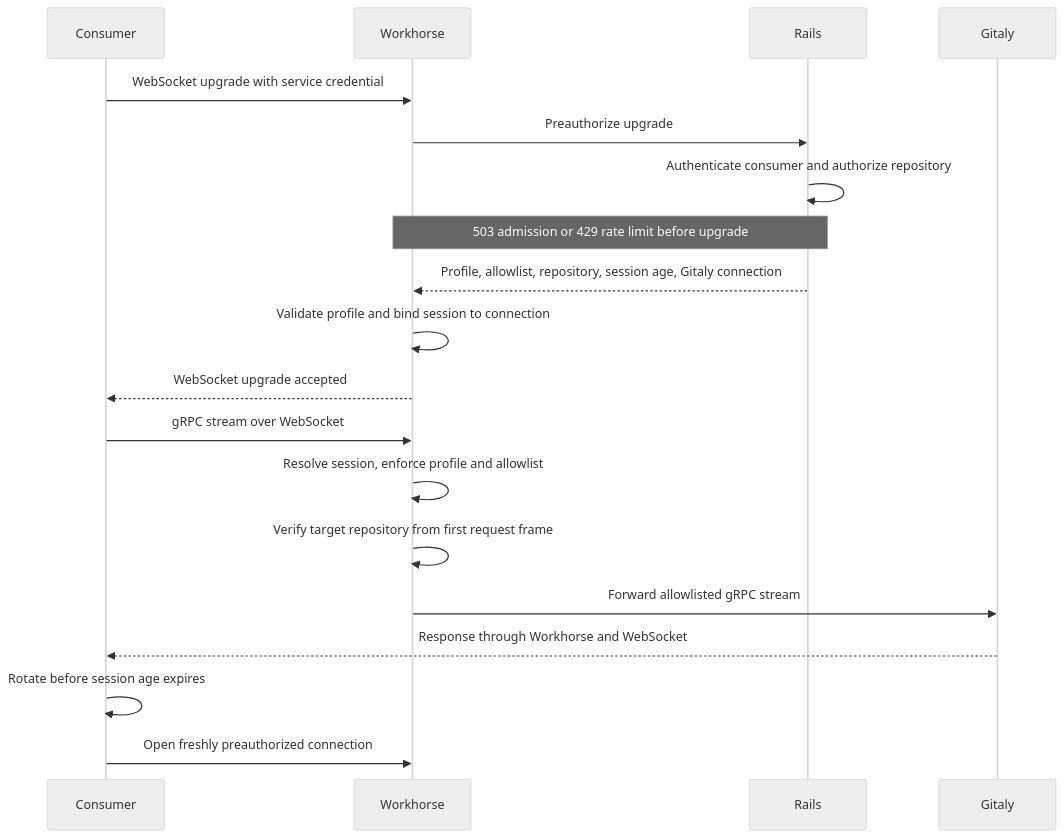
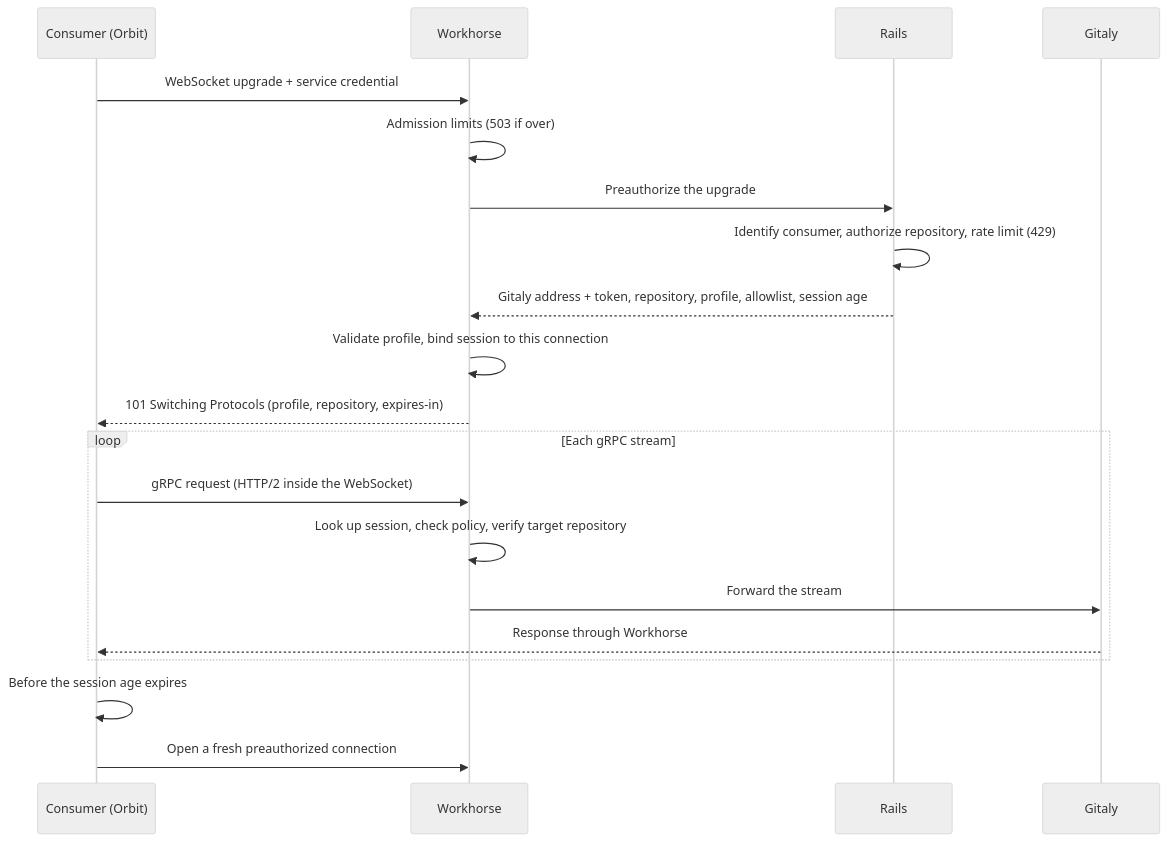
One commit to gitlabhq/orbit-knowledge-graph changed the diagram in docs/design-documents/decisions/018_gitaly_proxy_in_workhorse.md. Above: the diagram before and after it, drawn with Mermaid (neutral theme). The commit also changed other lines of this file, not shown here.

````diff
--- a/docs/design-documents/decisions/018_gitaly_proxy_in_workhorse.md
+++ b/docs/design-documents/decisions/018_gitaly_proxy_in_workhorse.md
@@ -36,22 +92,23 @@
 ```mermaid
 sequenceDiagram
-    participant C as Consumer
+    participant C as Consumer (Orbit)
     participant W as Workhorse
     participant R as Rails
     participant G as Gitaly
 
-    C->>W: WebSocket upgrade with service credential
-    W->>R: Preauthorize upgrade
-    R->>R: Authenticate consumer and authorize repository
-    Note over W,R: 503 admission or 429 rate limit before upgrade
-    R-->>W: Profile, allowlist, repository, session age, Gitaly connection
-    W->>W: Validate profile and bind session to connection
-    W-->>C: WebSocket upgrade accepted
-    C->>W: gRPC stream over WebSocket
-    W->>W: Resolve session, enforce profile and allowlist
-    W->>W: Verify target repository from first request frame
-    W->>G: Forward allowlisted gRPC stream
-    G-->>C: Response through Workhorse and WebSocket
-    C->>C: Rotate before session age expires
-    C->>W: Open freshly preauthorized connection
+    C->>W: WebSocket upgrade + service credential
+    W->>W: Admission limits (503 if over)
+    W->>R: Preauthorize the upgrade
+    R->>R: Identify consumer, authorize repository, rate limit (429)
+    R-->>W: Gitaly address + token, repository, profile, allowlist, session age
+    W->>W: Validate profile, bind session to this connection
+    W-->>C: 101 Switching Protocols (profile, repository, expires-in)
+    loop Each gRPC stream
+        C->>W: gRPC request (HTTP/2 inside the WebSocket)
+        W->>W: Look up session, check policy, verify target repository
+        W->>G: Forward the stream
+        G-->>C: Response through Workhorse
+    end
+    C->>C: Before the session age expires
+    C->>W: Open a fresh preauthorized connection
 ```
````
